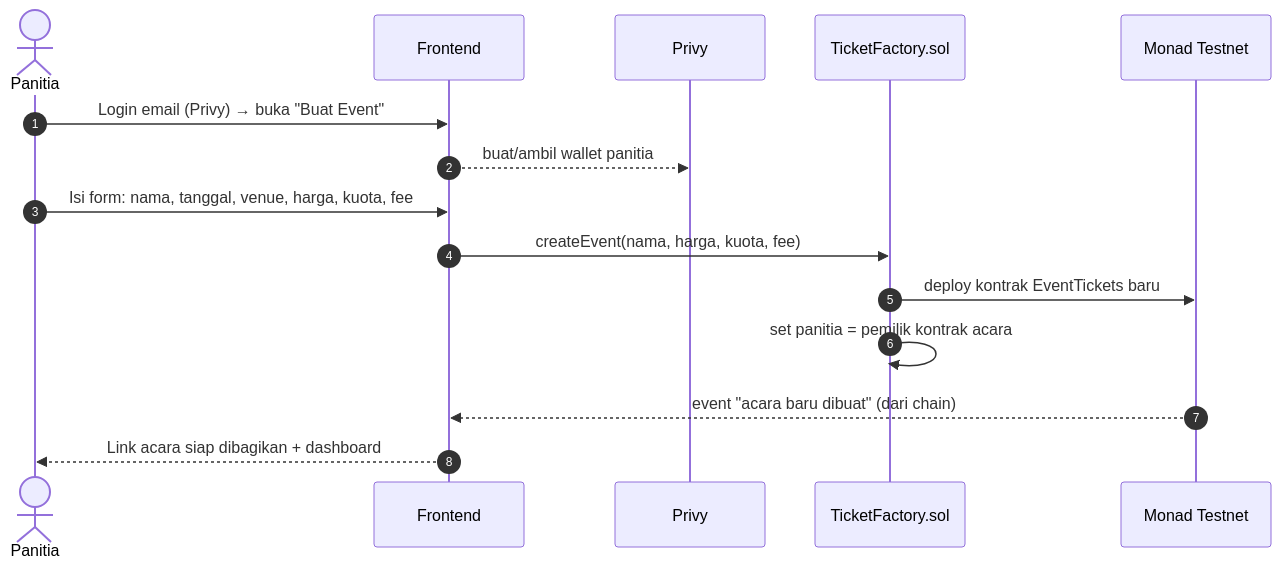
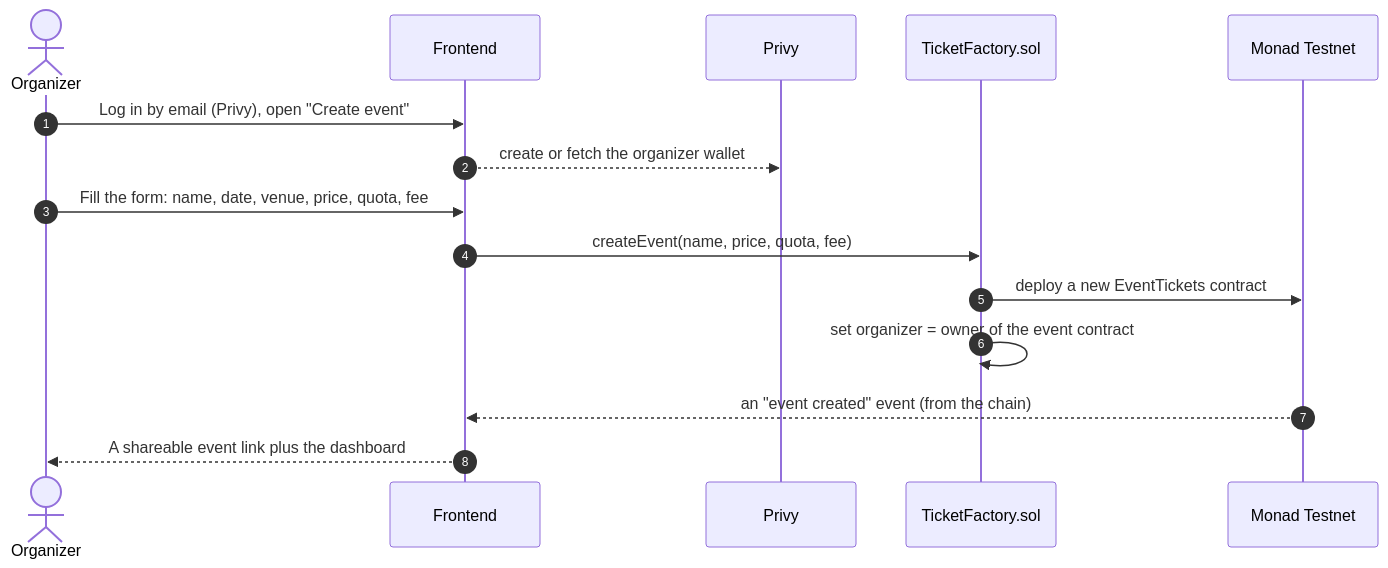
One commit to mA4rK0/sticket changed the third of 8 diagrams in blueprint.md. Above: the diagram before and after it, drawn with Mermaid. The commit also changed other lines of this file and 58 other files, not shown here.

Commit message:
feat(app): Sticket frontend with buyer flow, resale market, dashboard and scanner

````diff
--- a/blueprint.md
+++ b/blueprint.md
@@ -169,18 +169,18 @@
 ```mermaid
 sequenceDiagram
     autonumber
-    actor PJ as Panitia
+    actor PJ as Organizer
     participant FE as Frontend
     participant PR as Privy
     participant F as TicketFactory.sol
     participant M as Monad Testnet
 
-    PJ->>FE: Login email (Privy) → buka "Buat Event"
-    FE-->>PR: buat/ambil wallet panitia
-    PJ->>FE: Isi form: nama, tanggal, venue, harga, kuota, fee
-    FE->>F: createEvent(nama, harga, kuota, fee)
-    F->>M: deploy kontrak EventTickets baru
-    F->>F: set panitia = pemilik kontrak acara
-    M-->>FE: event "acara baru dibuat" (dari chain)
-    FE-->>PJ: Link acara siap dibagikan + dashboard
+    PJ->>FE: Log in by email (Privy), open "Create event"
+    FE-->>PR: create or fetch the organizer wallet
+    PJ->>FE: Fill the form: name, date, venue, price, quota, fee
+    FE->>F: createEvent(name, price, quota, fee)
+    F->>M: deploy a new EventTickets contract
+    F->>F: set organizer = owner of the event contract
+    M-->>FE: an "event created" event (from the chain)
+    FE-->>PJ: A shareable event link plus the dashboard
 ```
````
